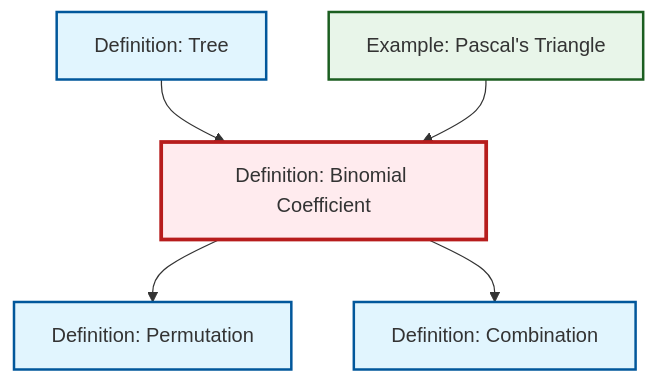
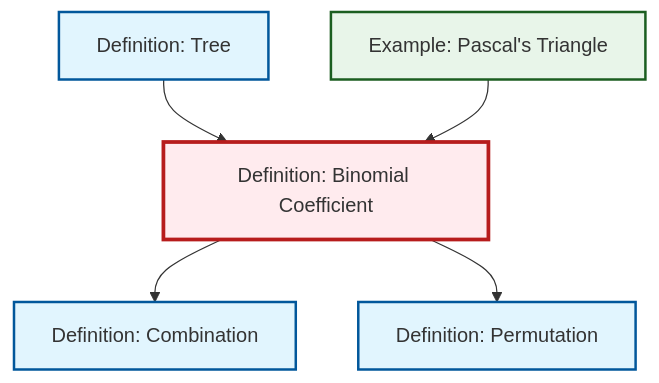
Before and after one commit to RK0429/ModernMath: the diagram in content/ja/combinatorics/def-binomial-coefficient.qmd, drawn with Mermaid. The commit also changed other lines of this file and 360 other files, not shown here.

````diff
--- a/content/ja/combinatorics/def-binomial-coefficient.qmd
+++ b/content/ja/combinatorics/def-binomial-coefficient.qmd
@@ -64,23 +64,23 @@
 ```{mermaid}
 %%| fig-cap: "Local dependency graph"
 graph TD
     classDef definition fill:#e1f5fe,stroke:#01579b,stroke-width:2px
     classDef theorem fill:#f3e5f5,stroke:#4a148c,stroke-width:2px
     classDef axiom fill:#fff3e0,stroke:#e65100,stroke-width:2px
     classDef example fill:#e8f5e9,stroke:#1b5e20,stroke-width:2px
     classDef current fill:#ffebee,stroke:#b71c1c,stroke-width:3px
+    def-permutation["Definition: Permutation"]:::definition
+    def-tree["Definition: Tree"]:::definition
     def-combination["Definition: Combination"]:::definition
-    def-permutation["Definition: Permutation"]:::definition
+    ex-pascals-triangle["Example: Pascal's Triangle"]:::example
     def-binomial-coefficient["Definition: Binomial Coefficient"]:::definition
-    ex-pascals-triangle["Example: Pascal's Triangle"]:::example
-    def-tree["Definition: Tree"]:::definition
+    def-tree --> def-binomial-coefficient
+    def-binomial-coefficient --> def-combination
+    ex-pascals-triangle --> def-binomial-coefficient
     def-binomial-coefficient --> def-permutation
-    def-binomial-coefficient --> def-combination
-    def-tree --> def-binomial-coefficient
-    ex-pascals-triangle --> def-binomial-coefficient
     class def-binomial-coefficient current
+    click def-permutation "def-permutation.html" "Definition: Permutationへ"
+    click def-tree "def-tree.html" "Definition: Treeへ"
     click def-combination "def-combination.html" "Definition: Combinationへ"
-    click def-permutation "def-permutation.html" "Definition: Permutationへ"
     click ex-pascals-triangle "ex-pascals-triangle.html" "Example: Pascal's Triangleへ"
-    click def-tree "def-tree.html" "Definition: Treeへ"
 ```
````
